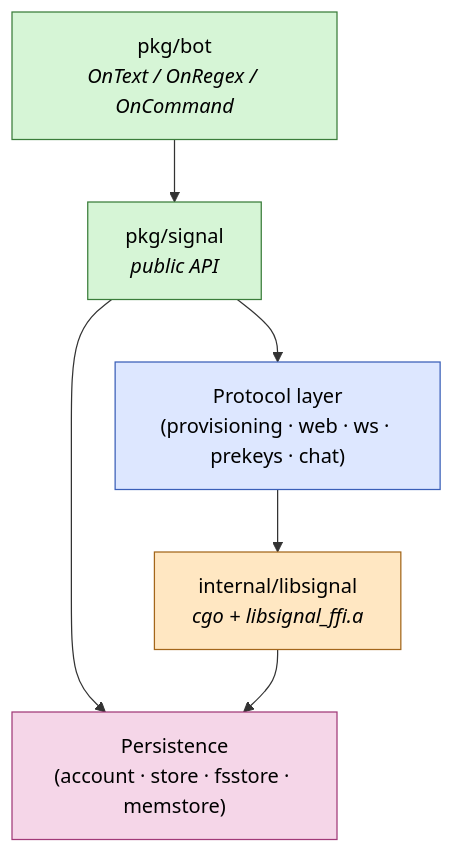
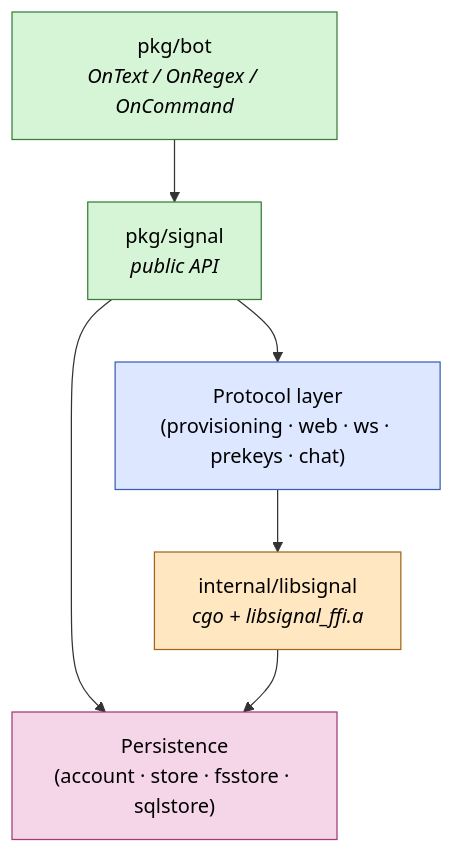
Before and after one commit to thehappydinoa/signal-go: the diagram in README.md, drawn with Mermaid. The commit also changed other lines of this file and 8 other files, not shown here.

````diff
--- a/README.md
+++ b/README.md
@@ -68,19 +102,19 @@
 ```mermaid
 flowchart TB
     classDef pub fill:#d6f5d6,stroke:#3a7d3a,color:#000
     classDef proto fill:#dde7ff,stroke:#3a5fb8,color:#000
     classDef crypto fill:#ffe7c2,stroke:#a3661a,color:#000
     classDef store fill:#f5d6e8,stroke:#a13a78,color:#000
 
     pub[pkg/signal<br/><i>public API</i>]:::pub
     bot[pkg/bot<br/><i>OnText / OnRegex / OnCommand</i>]:::pub
     proto["Protocol layer<br/>(provisioning · web · ws · prekeys · chat)"]:::proto
     crypto[internal/libsignal<br/><i>cgo + libsignal_ffi.a</i>]:::crypto
-    store["Persistence<br/>(account · store · fsstore · memstore)"]:::store
+    store["Persistence<br/>(account · store · fsstore · sqlstore)"]:::store
 
     bot --> pub
     pub --> proto
     pub --> store
     proto --> crypto
     crypto --> store
 ```
````
